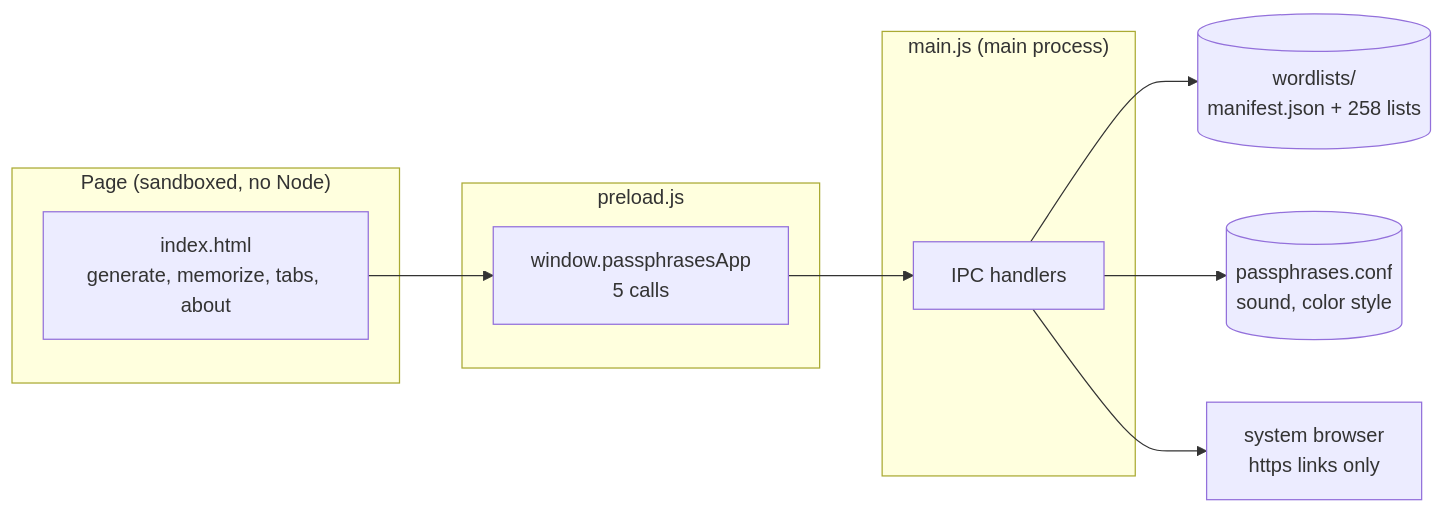
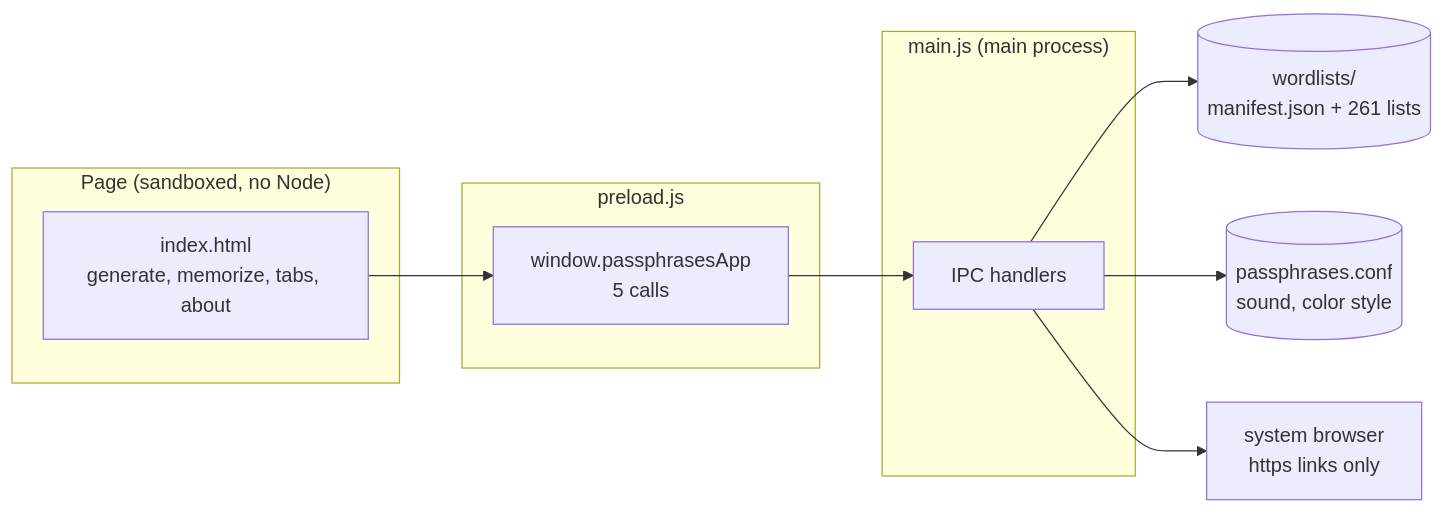
One commit to StephenGenusa/passphrases changed the first of 5 diagrams in README.md. Above: the diagram before and after it, drawn with Mermaid. The commit also changed other lines of this file and 19 other files, not shown here.

````diff
--- a/README.md
+++ b/README.md
@@ -60,16 +66,16 @@
 ```mermaid
 flowchart LR
     subgraph Renderer["Page (sandboxed, no Node)"]
         UI["index.html<br/>generate, memorize, tabs, about"]
     end
     subgraph Bridge["preload.js"]
         API["window.passphrasesApp<br/>5 calls"]
     end
     subgraph Main["main.js (main process)"]
         IPC["IPC handlers"]
     end
     UI --> API --> IPC
-    IPC --> WL[("wordlists/<br/>manifest.json + 258 lists")]
+    IPC --> WL[("wordlists/<br/>manifest.json + 261 lists")]
     IPC --> PREFS[("passphrases.conf<br/>sound, color style")]
     IPC --> BROWSER["system browser<br/>https links only"]
 ```
````
